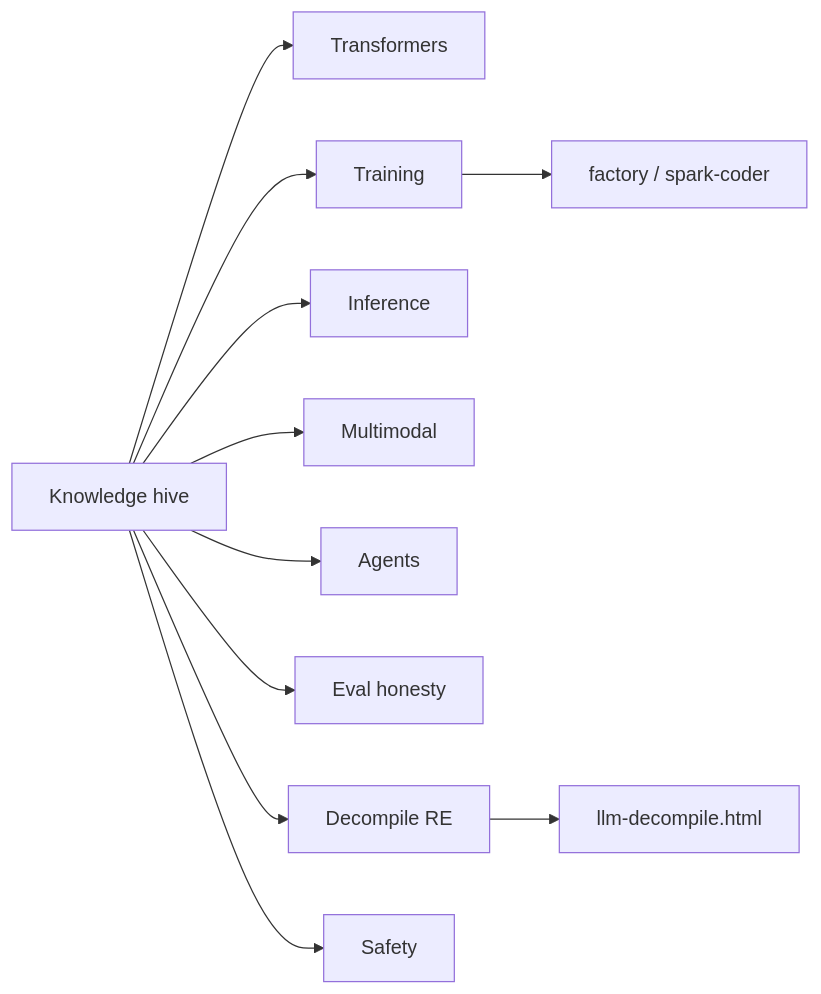
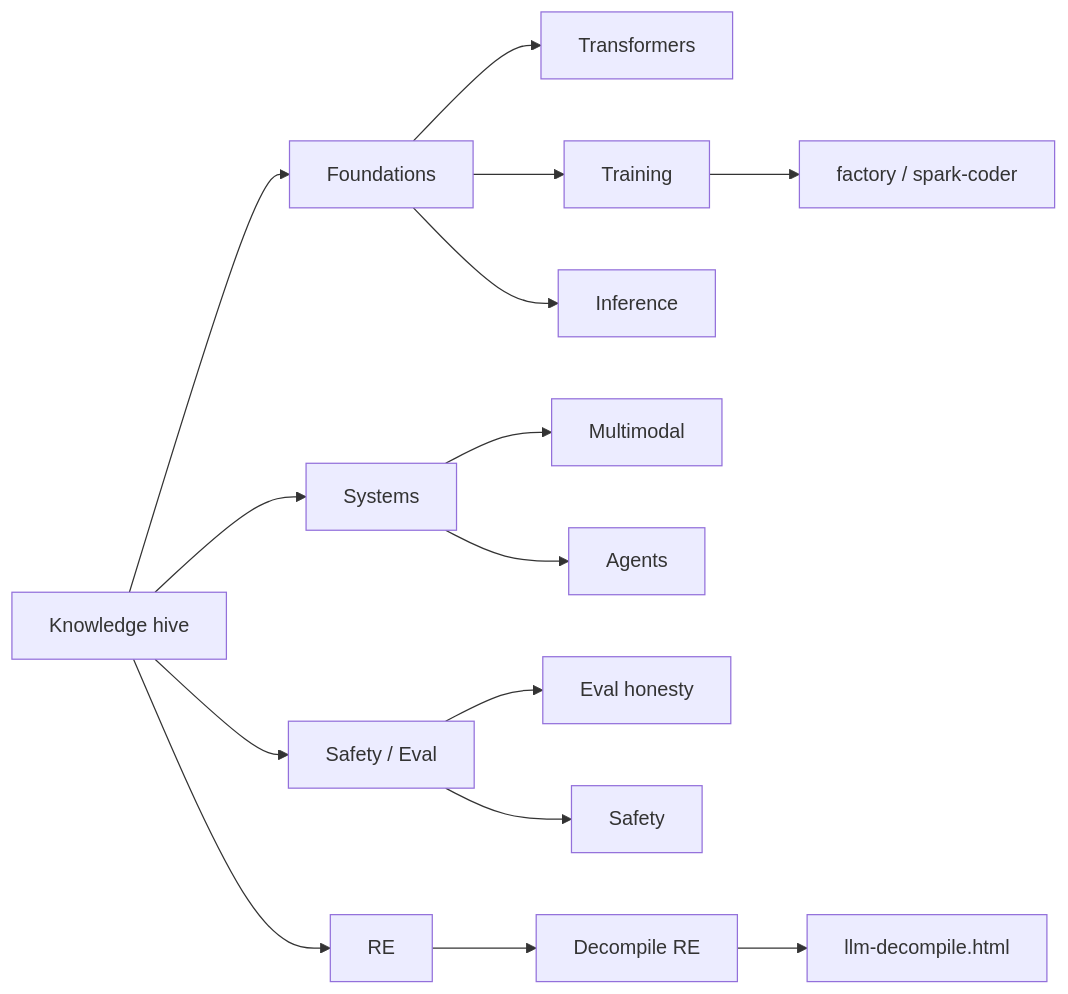
One commit to sparklang-dev/sparklang changed the diagram in docs/KNOWLEDGE.md. Above: the diagram before and after it, drawn with Mermaid. The commit also changed other lines of this file and 71 other files, not shown here.

````diff
--- a/docs/KNOWLEDGE.md
+++ b/docs/KNOWLEDGE.md
@@ -47,13 +66,17 @@
 ```mermaid
 flowchart LR
-  H[Knowledge hive] --> T[Transformers]
-  H --> TR[Training]
-  H --> I[Inference]
-  H --> M[Multimodal]
-  H --> A[Agents]
-  H --> E[Eval honesty]
-  H --> D[Decompile RE]
-  H --> S[Safety]
+  H[Knowledge hive] --> F[Foundations]
+  H --> S[Systems]
+  H --> SE[Safety / Eval]
+  H --> R[RE]
+  F --> T[Transformers]
+  F --> TR[Training]
+  F --> I[Inference]
+  S --> M[Multimodal]
+  S --> A[Agents]
+  SE --> E[Eval honesty]
+  SE --> Saf[Safety]
+  R --> D[Decompile RE]
   D --> L[llm-decompile.html]
-  TR --> F[factory / spark-coder]
+  TR --> Fac[factory / spark-coder]
 ```
````
